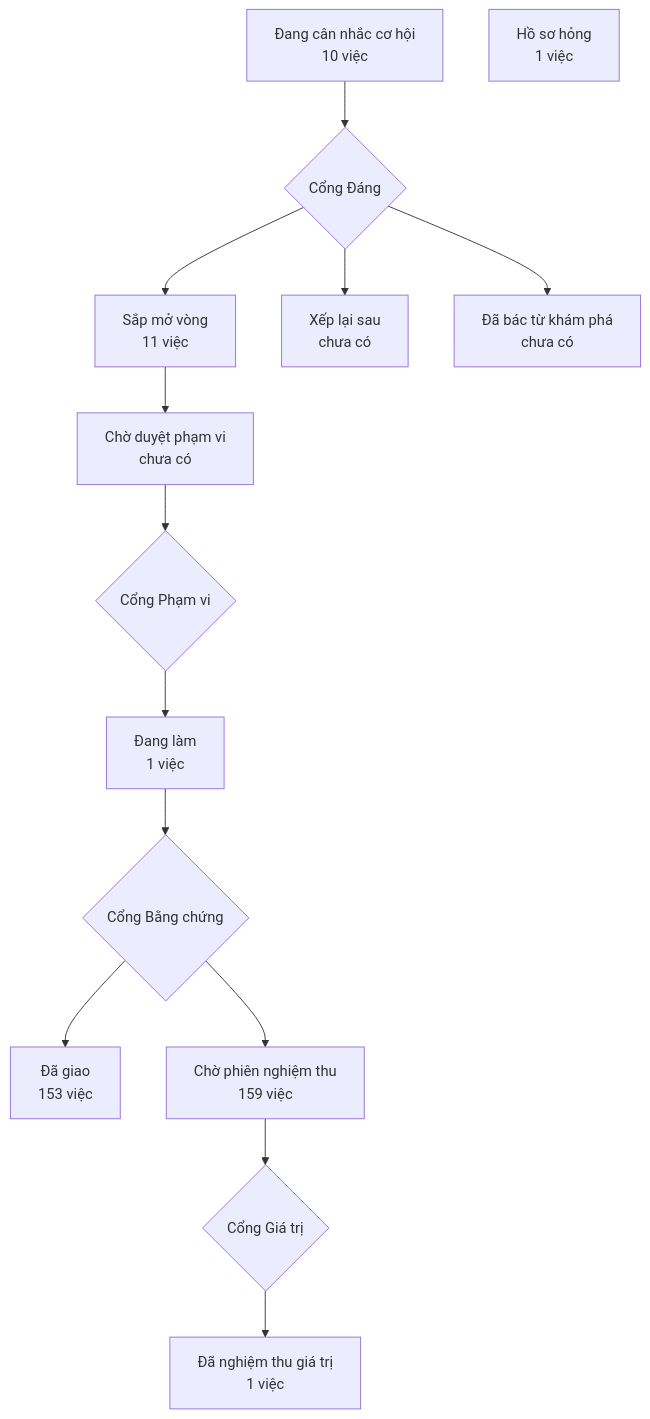
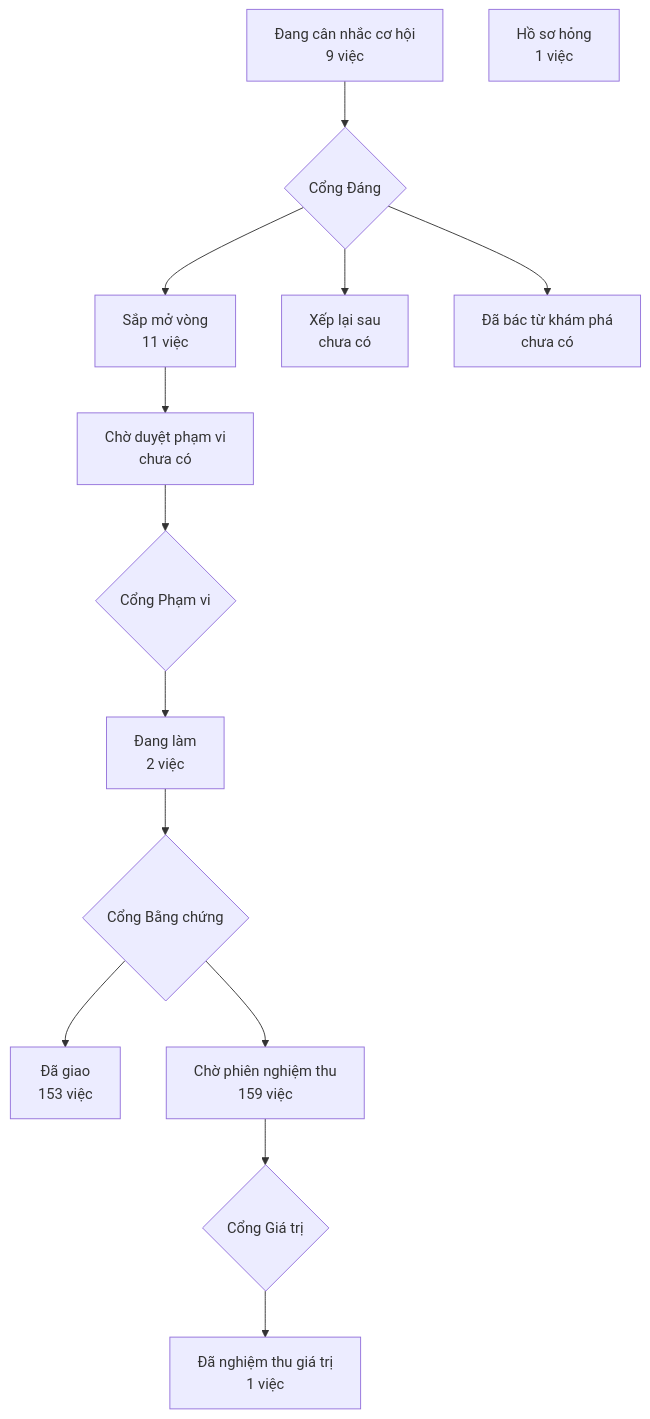
The diagram in PRODUCT-MAP.md (phanlemanh/crm-onehub), drawn with Mermaid before and after one commit. The commit also changed 1 other file, not shown here.

Commit message:
chore(khoa-viec-con-dung-thu-tu): vẽ lại bản đồ và lộ trình

````diff
--- a/PRODUCT-MAP.md
+++ b/PRODUCT-MAP.md
@@ -7,13 +7,13 @@
 ```mermaid
 flowchart TD
-  A["Đang cân nhắc cơ hội<br/>10 việc"] --> GD{"Cổng Đáng"}
+  A["Đang cân nhắc cơ hội<br/>9 việc"] --> GD{"Cổng Đáng"}
   GD --> B["Sắp mở vòng<br/>11 việc"]
   GD --> XL["Xếp lại sau<br/>chưa có"]
   GD --> DB["Đã bác từ khám phá<br/>chưa có"]
   B --> CD["Chờ duyệt phạm vi<br/>chưa có"] --> GP{"Cổng Phạm vi"}
-  GP --> DL["Đang làm<br/>1 việc"] --> GB{"Cổng Bằng chứng"}
+  GP --> DL["Đang làm<br/>2 việc"] --> GB{"Cổng Bằng chứng"}
   GB --> DG["Đã giao<br/>153 việc"]
   GB --> CN["Chờ phiên nghiệm thu<br/>159 việc"] --> GG{"Cổng Giá trị"}
   GG --> NT["Đã nghiệm thu giá trị<br/>1 việc"]
   HS["Hồ sơ hỏng<br/>1 việc"]
 ```
````
